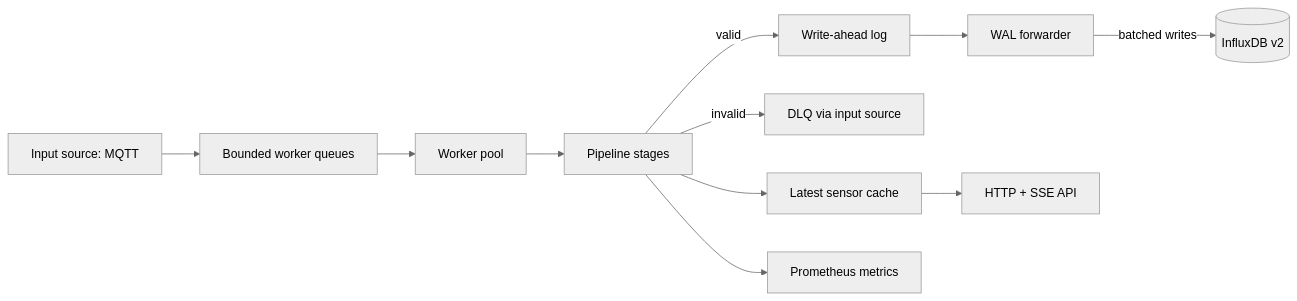
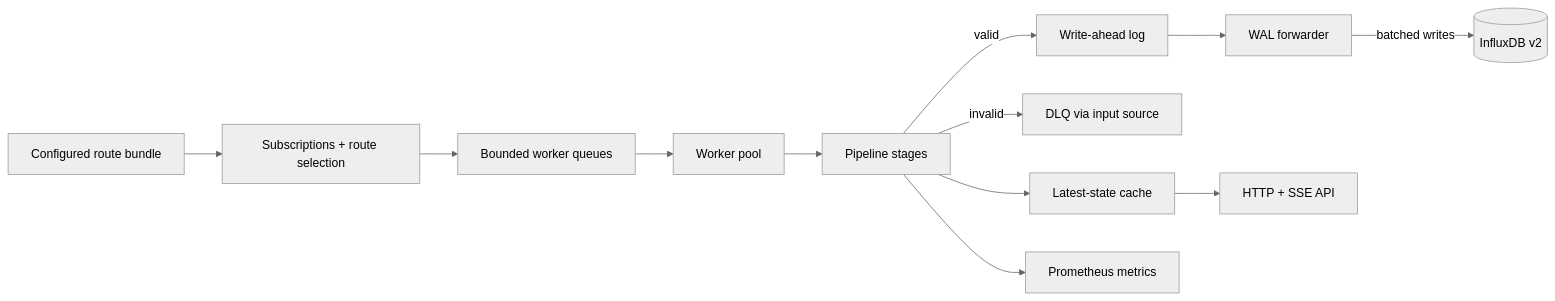
One commit to hengsti/ingestion-service changed the diagram in readme.md. Above: the diagram before and after it, drawn with Mermaid (neutral theme). The commit also changed other lines of this file, not shown here.

Commit message:
docs: update README.md for improved clarity on telemetry processing and route configuration (#28)

````diff
--- a/readme.md
+++ b/readme.md
@@ -25,13 +24,14 @@
 ```mermaid
 graph LR
-    MQTT[Input source: MQTT] --> Q[Bounded worker queues]
+    CFG[Configured route bundle] --> MQTT[Subscriptions + route selection]
+    MQTT --> Q[Bounded worker queues]
     Q --> W[Worker pool]
     W --> P[Pipeline stages]
     P -->|valid| WAL[Write-ahead log]
     P -->|invalid| DLQ[DLQ via input source]
     WAL --> F[WAL forwarder]
     F -->|batched writes| IDB[(InfluxDB v2)]
-    P --> CACHE[Latest sensor cache]
+    P --> CACHE[Latest-state cache]
     CACHE --> HTTP[HTTP + SSE API]
     P --> METRICS[Prometheus metrics]
 ```
````
